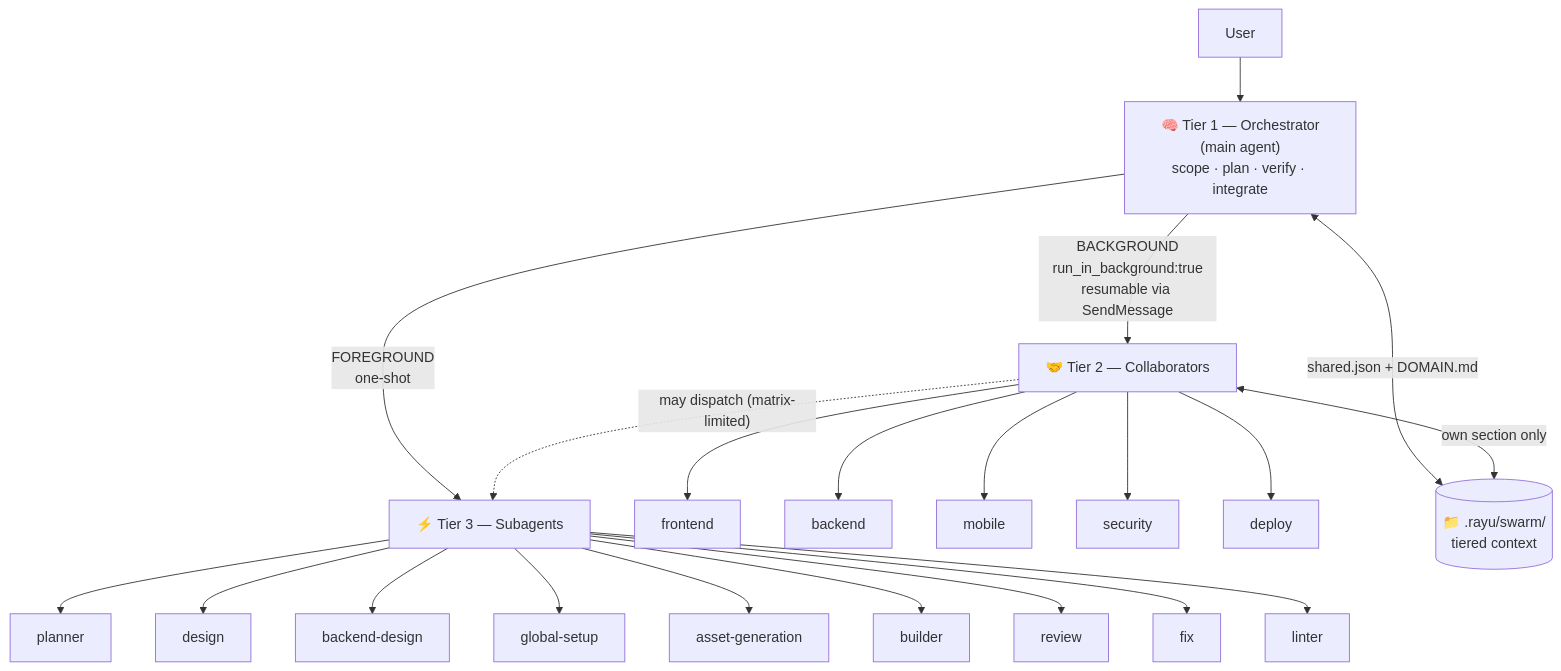
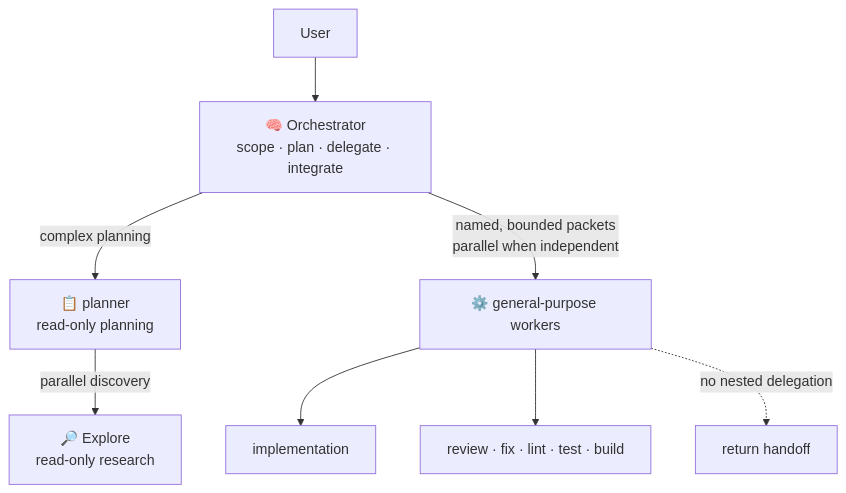
Before and after one commit to Choeng-Rayu/rayu-cli: the third of 11 diagrams in rayu/architecture/ARCHITECTURE.md, drawn with Mermaid. The commit also changed other lines of this file and 114 other files, not shown here.

Commit message:
update: orchestrator mode and reusage message command

````diff
--- a/rayu/architecture/ARCHITECTURE.md
+++ b/rayu/architecture/ARCHITECTURE.md
@@ -174,28 +176,10 @@
 ```mermaid
 graph TD
-    U["User"] --> O["🧠 Tier 1 — Orchestrator<br>(main agent)<br>scope · plan · verify · integrate"]
-
-    O -->|"BACKGROUND<br>run_in_background:true<br>resumable via SendMessage"| C1["🤝 Tier 2 — Collaborators"]
-    O -->|"FOREGROUND<br>one-shot"| S1["⚡ Tier 3 — Subagents"]
-
-    C1 --> FE["frontend"]
-    C1 --> BE["backend"]
-    C1 --> MOB["mobile"]
-    C1 --> SEC["security"]
-    C1 --> DEP["deploy"]
-
-    C1 -.->|"may dispatch (matrix-limited)"| S1
-
-    S1 --> PL["planner"]
-    S1 --> DSN["design"]
-    S1 --> BDS["backend-design"]
-    S1 --> GS["global-setup"]
-    S1 --> ASSET["asset-generation"]
-    S1 --> BLD["builder"]
-    S1 --> REV["review"]
-    S1 --> FIX["fix"]
-    S1 --> LINT["linter"]
-
-    O <-->|"shared.json + DOMAIN.md"| CTX[("📁 .rayu/swarm/<br>tiered context")]
-    C1 <-->|"own section only"| CTX
+    U["User"] --> O["🧠 Orchestrator<br>scope · plan · delegate · integrate"]
+    O -->|"complex planning"| PL["📋 planner<br>read-only planning"]
+    PL -->|"parallel discovery"| EX["🔎 Explore<br>read-only research"]
+    O -->|"named, bounded packets<br>parallel when independent"| GP["⚙️ general-purpose workers"]
+    GP --> IMPL["implementation"]
+    GP --> VERIFY["review · fix · lint · test · build"]
+    GP -.->|"no nested delegation"| STOP["return handoff"]
 ```
````
